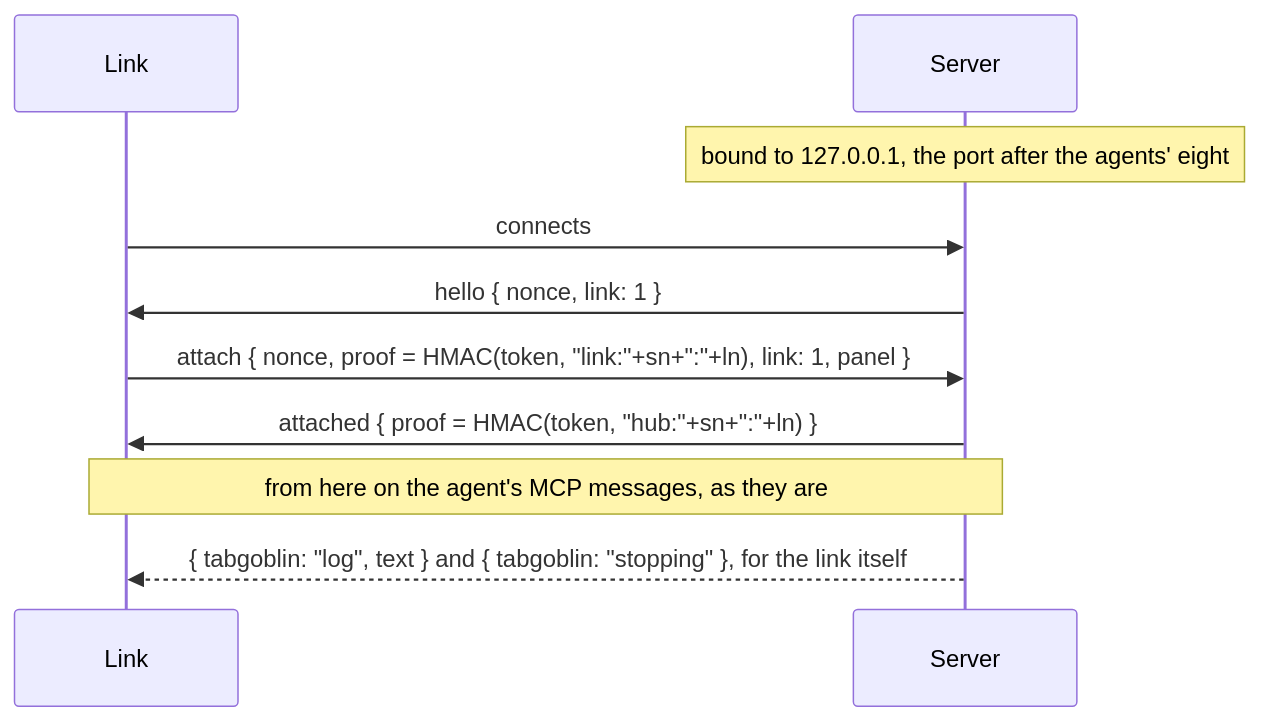
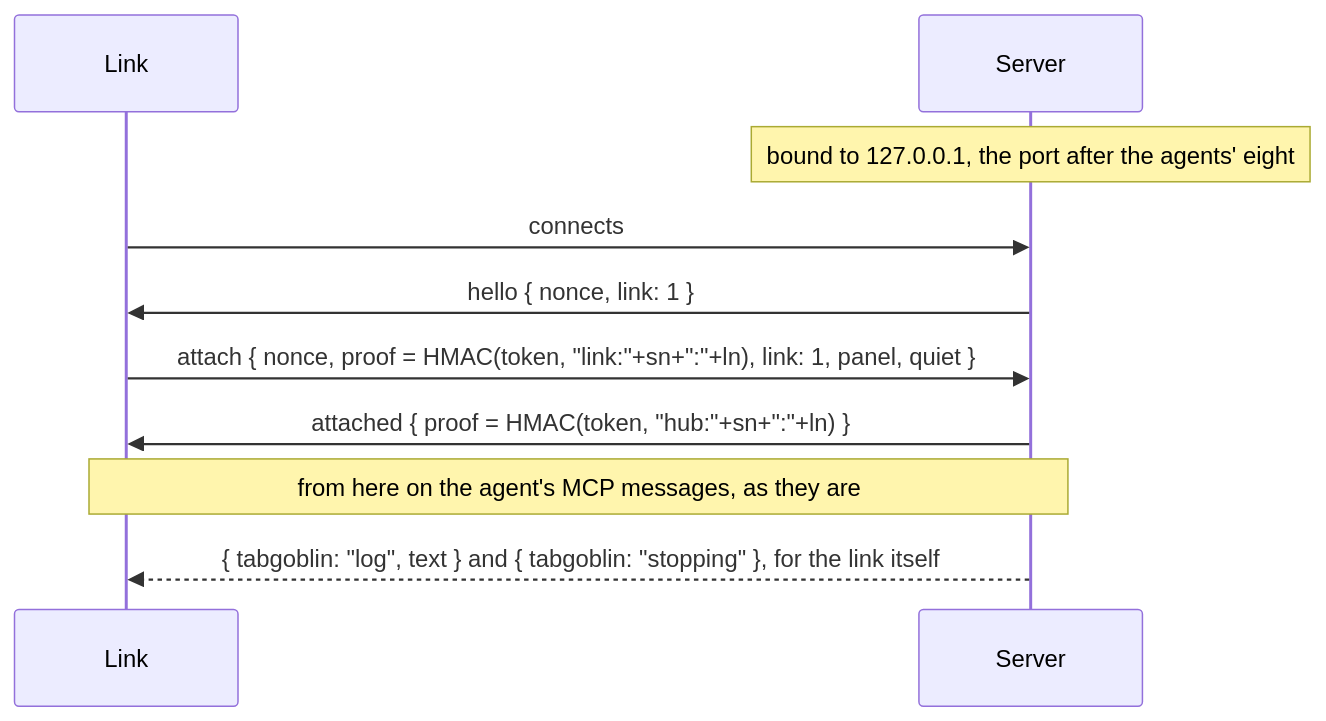
The second of 7 diagrams in docs/architecture.md (LaughingManCommits/TabGoblin), drawn with Mermaid before and after one commit. The commit also changed other lines of this file and 47 other files, not shown here.

````diff
--- a/docs/architecture.md
+++ b/docs/architecture.md
@@ -68,12 +68,12 @@
 ```mermaid
 sequenceDiagram
   participant L as Link
   participant S as Server
   Note over S: bound to 127.0.0.1, the port after the agents' eight
   L->>S: connects
   S->>L: hello { nonce, link: 1 }
-  L->>S: attach { nonce, proof = HMAC(token, "link:"+sn+":"+ln), link: 1, panel }
+  L->>S: attach { nonce, proof = HMAC(token, "link:"+sn+":"+ln), link: 1, panel, quiet }
   S->>L: attached { proof = HMAC(token, "hub:"+sn+":"+ln) }
   Note over L,S: from here on the agent's MCP messages, as they are
   S-->>L: { tabgoblin: "log", text } and { tabgoblin: "stopping" }, for the link itself
 ```
````
